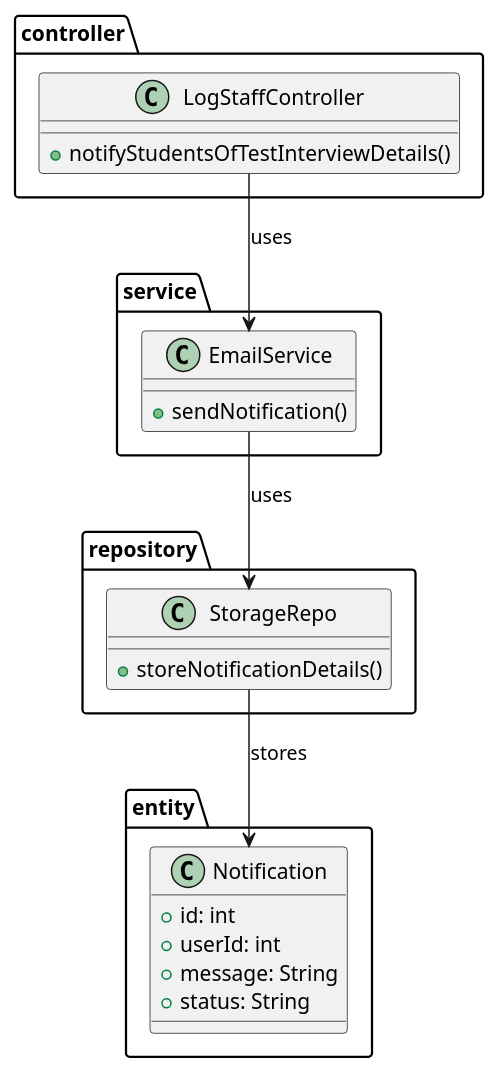
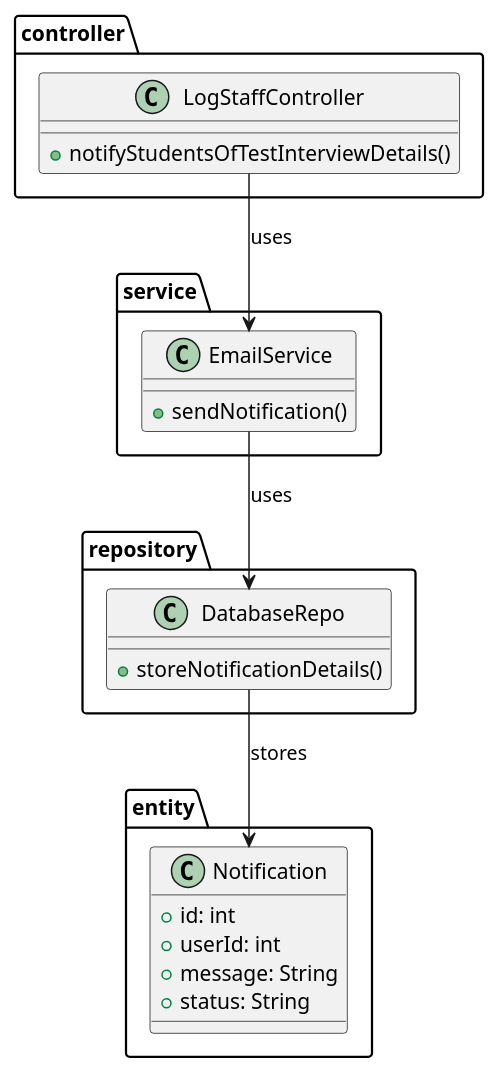
Before and after one commit to iamSlightlyWind/Legacy: the diagram in SWD392/class_diagrams/50_notify_students_of_test_interview_details.puml, drawn with PlantUML. The commit also changed 9 other files, not shown here.

```diff
--- a/SWD392/class_diagrams/50_notify_students_of_test_interview_details.puml
+++ b/SWD392/class_diagrams/50_notify_students_of_test_interview_details.puml
@@ -1,32 +1,32 @@
 @startuml
 package controller {
     class LogStaffController {
         +notifyStudentsOfTestInterviewDetails()
     }
 }
 
 package repository {
-    class StorageRepo {
+    class DatabaseRepo {
         +storeNotificationDetails()
     }
 }
 
 package service {
     class EmailService {
         +sendNotification()
     }
 }
 
 package entity {
     class Notification {
         +id: int
         +userId: int
         +message: String
         +status: String
     }
 }
 
 LogStaffController --> EmailService : uses
-EmailService --> StorageRepo : uses
-StorageRepo --> Notification : stores
+EmailService --> DatabaseRepo : uses
+DatabaseRepo --> Notification : stores
 @enduml
```
